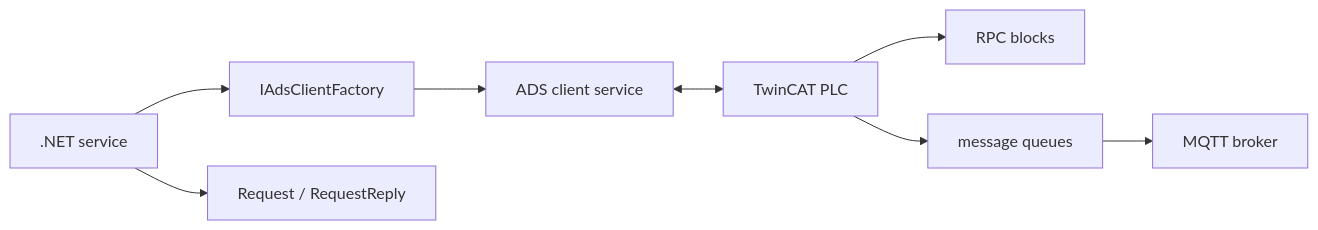
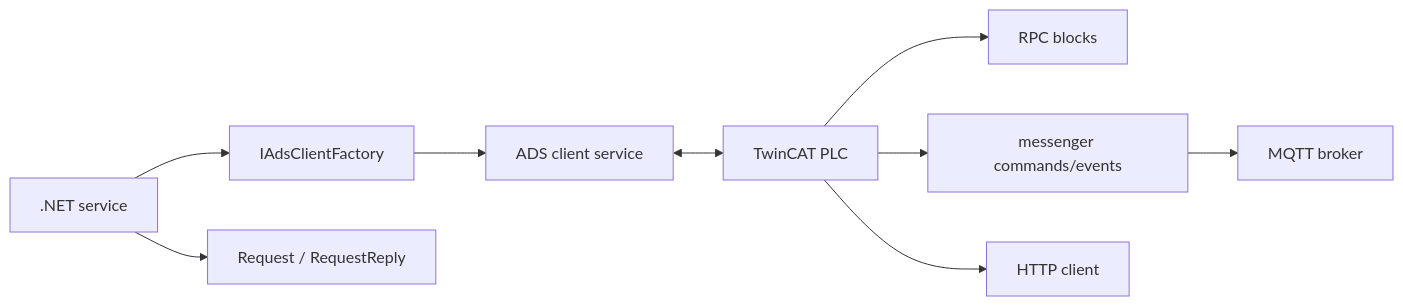
Before and after one commit to TechIndustryX/docs: the diagram in docs/libraries/twincat-integration/examples/index.md, drawn with Mermaid. The commit also changed other lines of this file and 5 other files, not shown here.

````diff
--- a/docs/libraries/twincat-integration/examples/index.md
+++ b/docs/libraries/twincat-integration/examples/index.md
@@ -25,10 +26,11 @@
 ```mermaid
 flowchart LR
   dotnet[".NET service"] --> factory["IAdsClientFactory"]
   factory --> ads["ADS client service"]
   ads <--> plc["TwinCAT PLC"]
   plc --> rpc["RPC blocks"]
-  plc --> queue["message queues"]
+  plc --> queue["messenger commands/events"]
+  plc --> http["HTTP client"]
   queue --> mqtt["MQTT broker"]
   dotnet --> request["Request / RequestReply"]
 ```
````
